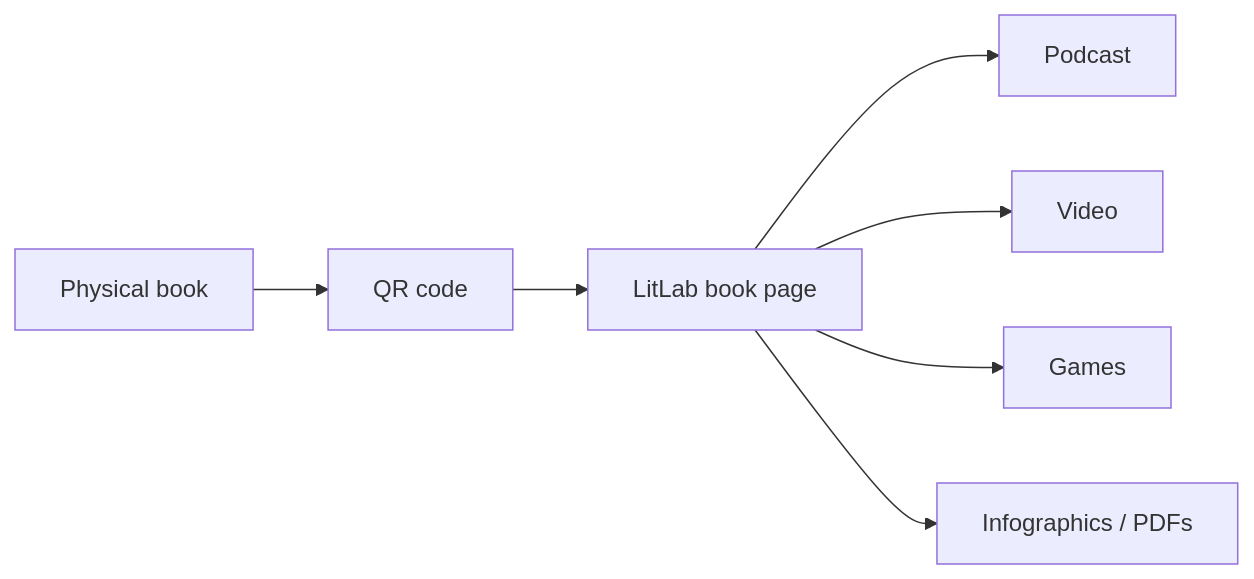
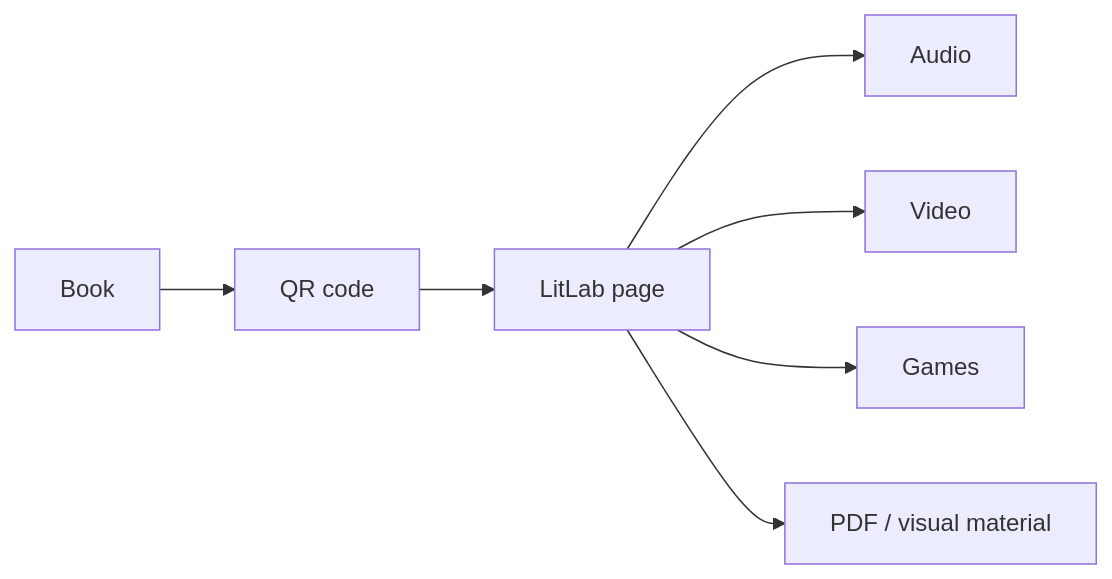
The diagram in README.md (xondell/litlabV3.0), drawn with Mermaid before and after one commit. The commit also changed other lines of this file, not shown here.

````diff
--- a/README.md
+++ b/README.md
@@ -92,9 +92,9 @@
 ```mermaid
 flowchart LR
-    B[Physical book] --> Q[QR code]
-    Q --> P[LitLab book page]
-    P --> A[Podcast]
+    B[Book] --> QR[QR code]
+    QR --> P[LitLab page]
+    P --> A[Audio]
     P --> V[Video]
     P --> G[Games]
-    P --> I[Infographics / PDFs]
+    P --> D[PDF / visual material]
 ```
````
